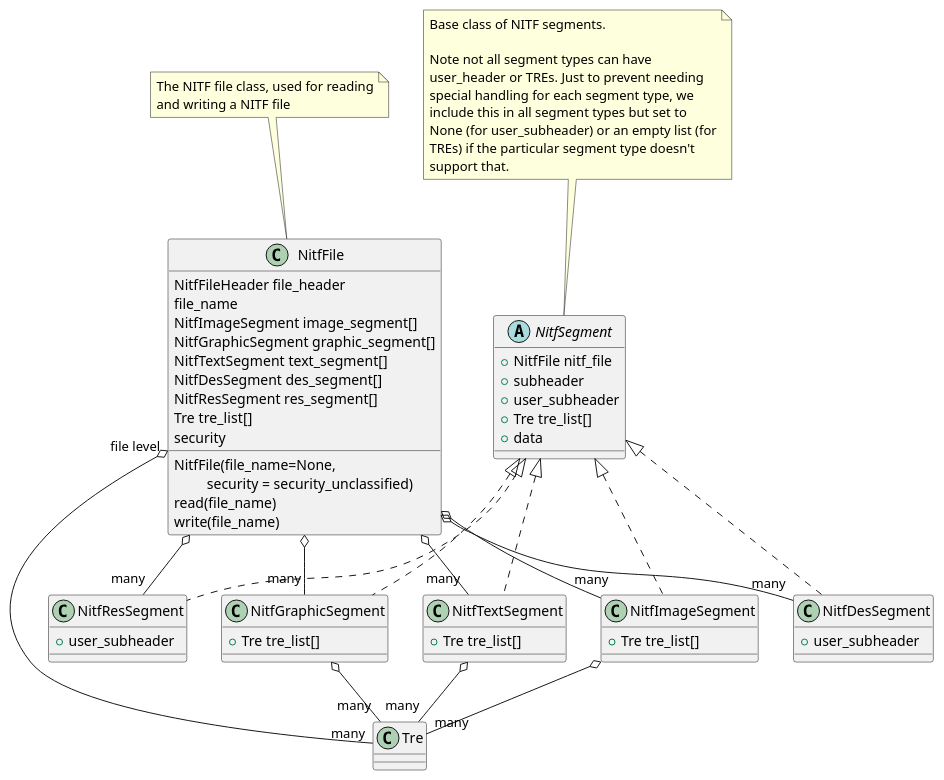
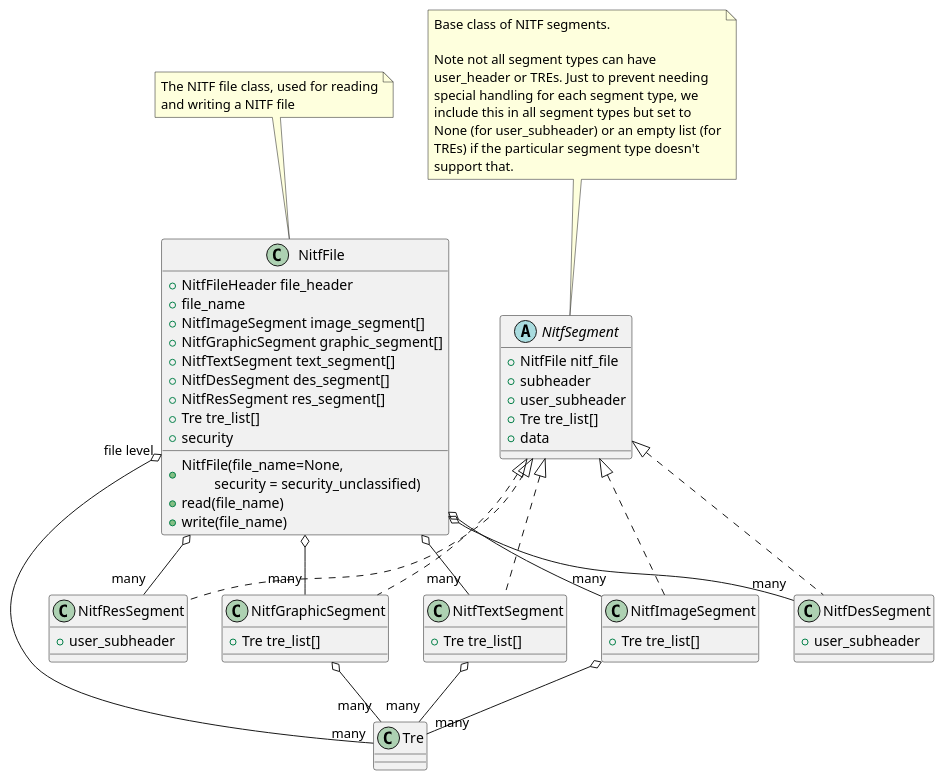
One commit to Cartography-jpl/pynitf changed the first of 6 diagrams in doc/nitf_file.rst. Above: the diagram before and after it, drawn with PlantUML. The commit also changed other lines of this file, not shown here.

```diff
--- a/doc/nitf_file.rst
+++ b/doc/nitf_file.rst
@@ -14,77 +14,77 @@
 .. uml::
    :caption: NitfFile class structure
 
    class NitfFile {
-      NitfFile(file_name=None,\n         security = security_unclassified)
-      read(file_name)
-      write(file_name)
-      NitfFileHeader file_header
-      file_name
-      NitfImageSegment image_segment[]
-      NitfGraphicSegment graphic_segment[]
-      NitfTextSegment text_segment[]
-      NitfDesSegment des_segment[]
-      NitfResSegment res_segment[]
-      Tre tre_list[]
-      security
+      +NitfFile(file_name=None,\n         security = security_unclassified)
+      +read(file_name)
+      +write(file_name)
+      +NitfFileHeader file_header
+      +file_name
+      +NitfImageSegment image_segment[]
+      +NitfGraphicSegment graphic_segment[]
+      +NitfTextSegment text_segment[]
+      +NitfDesSegment des_segment[]
+      +NitfResSegment res_segment[]
+      +Tre tre_list[]
+      +security
    }
    note top
       The NITF file class, used for reading
       and writing a NITF file
    end note
 
    abstract class NitfSegment {
       +NitfFile nitf_file
       +subheader
       +user_subheader
       +Tre tre_list[]
       +data
    }
    note top
       Base class of NITF segments.
 
       Note not all segment types can have
       user_header or TREs. Just to prevent needing
       special handling for each segment type, we
       include this in all segment types but set to
       None (for user_subheader) or an empty list (for
       TREs) if the particular segment type doesn't
       support that.
    end note
 
    class NitfImageSegment {
       +Tre tre_list[]
    }
 
    class NitfGraphicSegment {
       +Tre tre_list[]
    }
 
    class NitfTextSegment {
       +Tre tre_list[]
    }
 
    class NitfDesSegment {
        +user_subheader
    }
 
    class NitfResSegment {
        +user_subheader
    }
 
    class Tre
 
    NitfSegment <|.. NitfImageSegment
    NitfSegment <|.. NitfGraphicSegment
    NitfSegment <|.. NitfTextSegment
    NitfSegment <|.. NitfDesSegment
    NitfSegment <|.. NitfResSegment
    NitfFile o-- "many" NitfImageSegment
    NitfFile o-- "many" NitfGraphicSegment
    NitfFile o-- "many" NitfTextSegment
    NitfFile o-- "many" NitfDesSegment
    NitfFile o-- "many" NitfResSegment
    NitfFile "file level" o-- "many" Tre
    NitfImageSegment o-- "many" Tre
    NitfTextSegment o-- "many" Tre
    NitfGraphicSegment o-- "many" Tre
```
